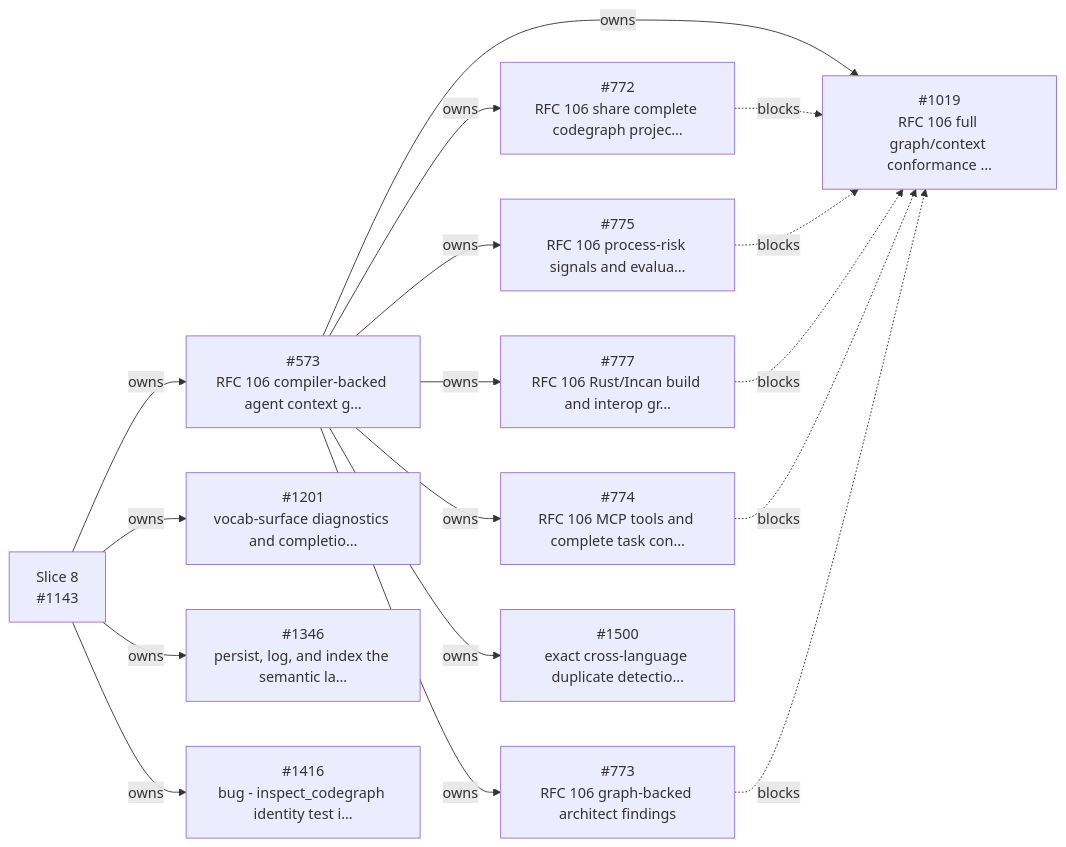
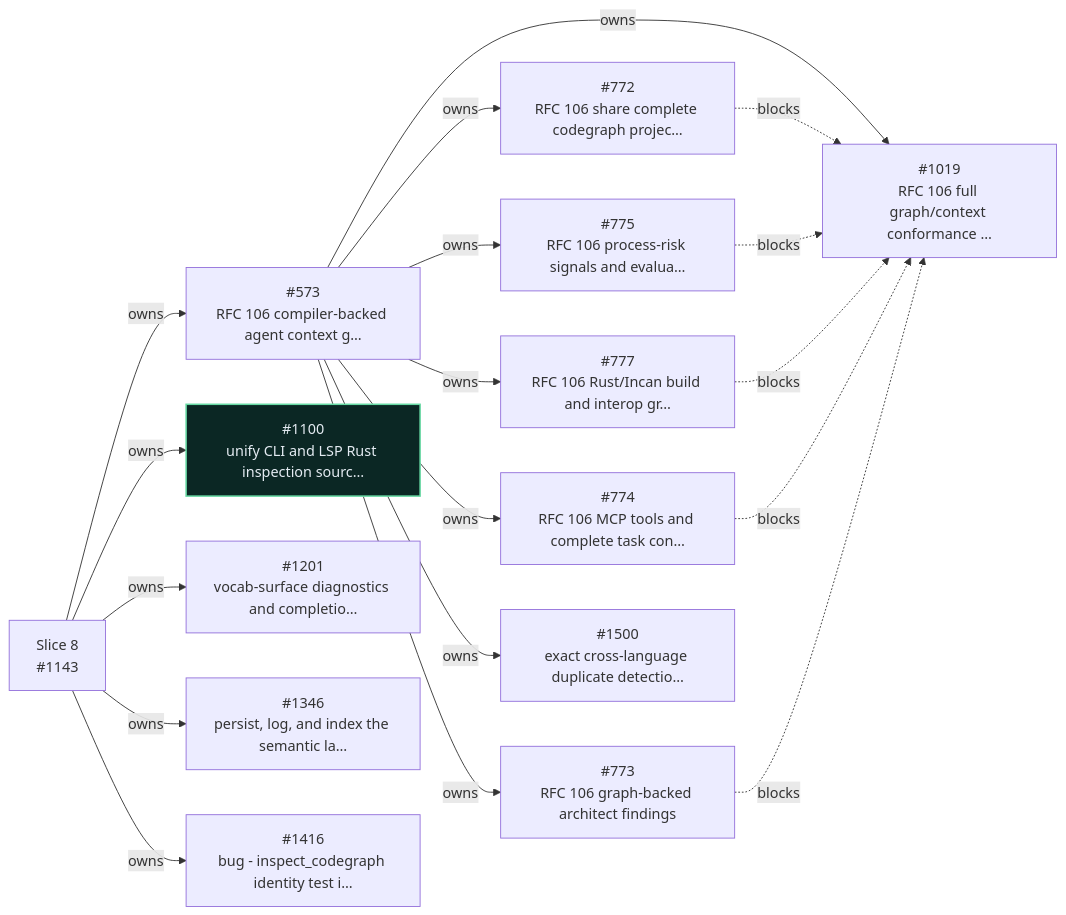
One commit to encero-systems/incan changed the eighth of 12 diagrams in workspaces/docs-site/docs/_snippets/project/v0_6_roadmap.md. Above: the diagram before and after it, drawn with Mermaid. The commit also changed other lines of this file, not shown here.

Commit message:
docs - 1561 refresh the v0.6 roadmap snapshot at the Slice 6 close-out

````diff
--- a/workspaces/docs-site/docs/_snippets/project/v0_6_roadmap.md
+++ b/workspaces/docs-site/docs/_snippets/project/v0_6_roadmap.md
@@ -514,43 +806,48 @@
 ```mermaid
 flowchart LR
   i573["#573<br/>RFC 106 compiler-backed agent context g…"]
   i772["#772<br/>RFC 106 share complete codegraph projec…"]
   i773["#773<br/>RFC 106 graph-backed architect findings"]
   i774["#774<br/>RFC 106 MCP tools and complete task con…"]
   i775["#775<br/>RFC 106 process-risk signals and evalua…"]
   i777["#777<br/>RFC 106 Rust/Incan build and interop gr…"]
   i1019["#1019<br/>RFC 106 full graph/context conformance …"]
+  i1100["#1100<br/>unify CLI and LSP Rust inspection sourc…"]
   s1143["Slice 8<br/>#1143"]
   i1201["#1201<br/>vocab-surface diagnostics and completio…"]
   i1346["#1346<br/>persist, log, and index the semantic la…"]
   i1416["#1416<br/>bug - inspect_codegraph identity test i…"]
   i1500["#1500<br/>exact cross-language duplicate detectio…"]
   s1143 -- owns --> i573
   i573 -- owns --> i772
   i573 -- owns --> i773
   i573 -- owns --> i774
   i573 -- owns --> i775
   i573 -- owns --> i777
   i573 -- owns --> i1019
+  s1143 -- owns --> i1100
   s1143 -- owns --> i1201
   s1143 -- owns --> i1346
   s1143 -- owns --> i1416
   i573 -- owns --> i1500
   i772 -. blocks .-> i1019
   i775 -. blocks .-> i1019
   i777 -. blocks .-> i1019
   i774 -. blocks .-> i1019
   i773 -. blocks .-> i1019
+  classDef incv06complete fill:#0b2724,stroke:#66d9a3,color:#e4ebf2,stroke-width:1.7px
+  class i1100 incv06complete
   click i573 href "https://github.com/encero-systems/incan/issues/573" "Open #573 on GitHub"
   click i772 href "https://github.com/encero-systems/incan/issues/772" "Open #772 on GitHub"
   click i773 href "https://github.com/encero-systems/incan/issues/773" "Open #773 on GitHub"
   click i774 href "https://github.com/encero-systems/incan/issues/774" "Open #774 on GitHub"
   click i775 href "https://github.com/encero-systems/incan/issues/775" "Open #775 on GitHub"
   click i777 href "https://github.com/encero-systems/incan/issues/777" "Open #777 on GitHub"
   click i1019 href "https://github.com/encero-systems/incan/issues/1019" "Open #1019 on GitHub"
+  click i1100 href "https://github.com/encero-systems/incan/issues/1100" "Open #1100 on GitHub"
   click s1143 href "https://github.com/encero-systems/incan/issues/1143" "Open #1143 on GitHub"
   click i1201 href "https://github.com/encero-systems/incan/issues/1201" "Open #1201 on GitHub"
   click i1346 href "https://github.com/encero-systems/incan/issues/1346" "Open #1346 on GitHub"
   click i1416 href "https://github.com/encero-systems/incan/issues/1416" "Open #1416 on GitHub"
   click i1500 href "https://github.com/encero-systems/incan/issues/1500" "Open #1500 on GitHub"
 ```
````
